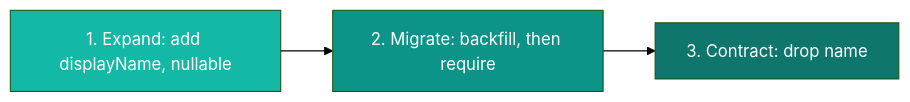
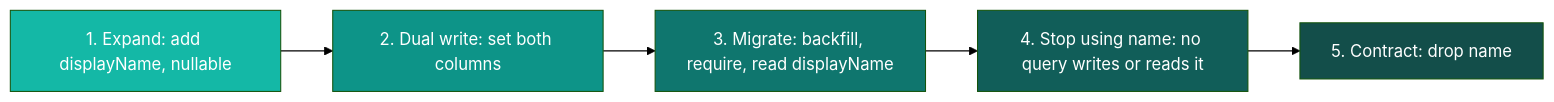
One commit to prisma/web changed the third of 3 diagrams in apps/blog/content/blog/ship-risky-schema-changes-without-a-shared-staging-database/index.mdx. Above: the diagram before and after it, drawn with Mermaid (forest theme). The commit also changed other lines of this file and 1 other file, not shown here.

````diff
--- a/apps/blog/content/blog/ship-risky-schema-changes-without-a-shared-staging-database/index.mdx
+++ b/apps/blog/content/blog/ship-risky-schema-changes-without-a-shared-staging-database/index.mdx
@@ -223,8 +270,12 @@
 ```mermaid
 flowchart LR
-    E[1. Expand: add displayName, nullable] --> M[2. Migrate: backfill, then require]
-    M --> C[3. Contract: drop name]
+    E[1. Expand: add displayName, nullable] --> W[2. Dual write: set both columns]
+    W --> M[3. Migrate: backfill, require, read displayName]
+    M --> S[4. Stop using name: no query writes or reads it]
+    S --> C[5. Contract: drop name]
     style E fill:#14b8a6,color:#fff
-    style M fill:#0d9488,color:#fff
-    style C fill:#0f766e,color:#fff
+    style W fill:#0d9488,color:#fff
+    style M fill:#0f766e,color:#fff
+    style S fill:#115e59,color:#fff
+    style C fill:#134e4a,color:#fff
 ```
````
